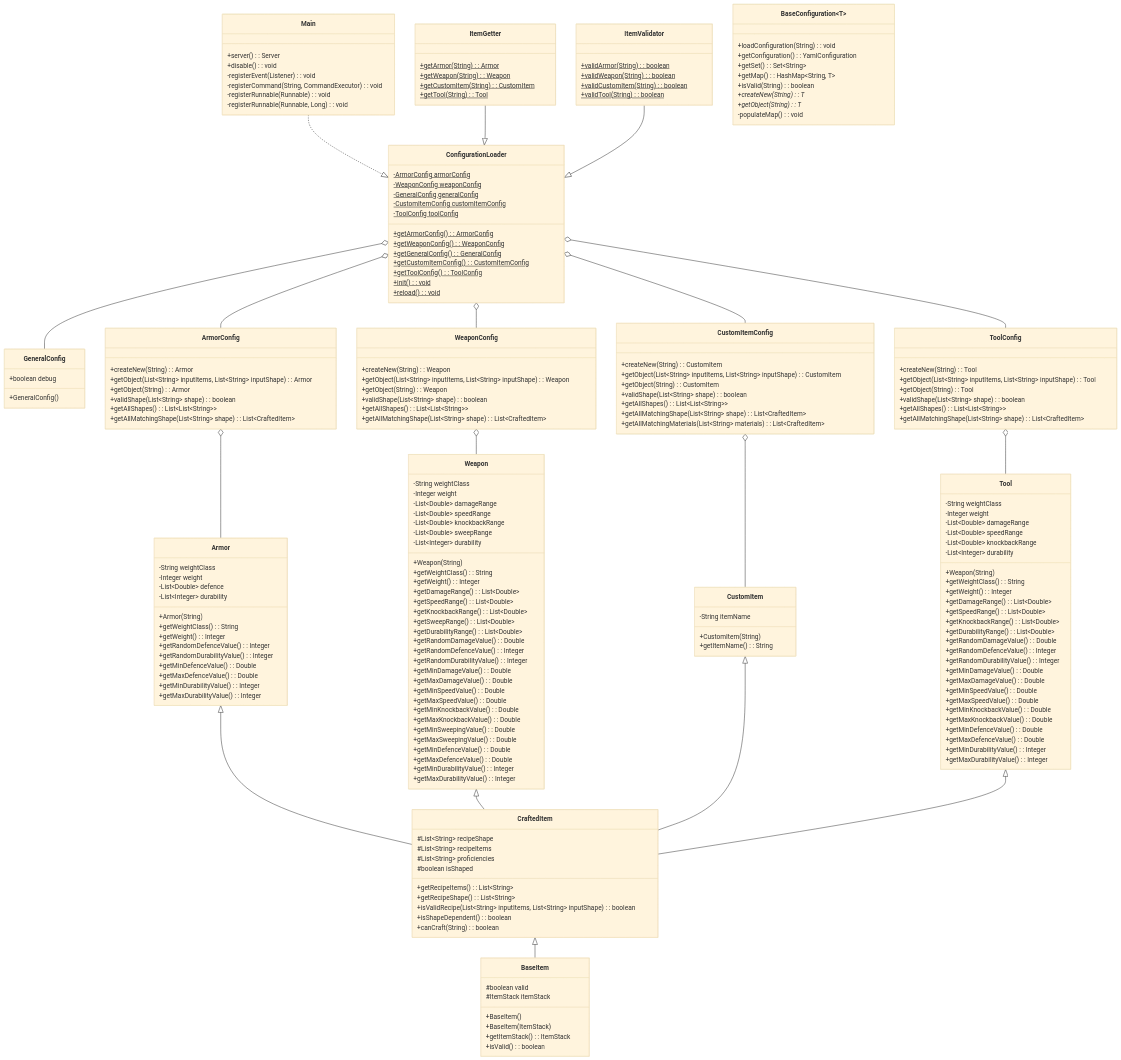
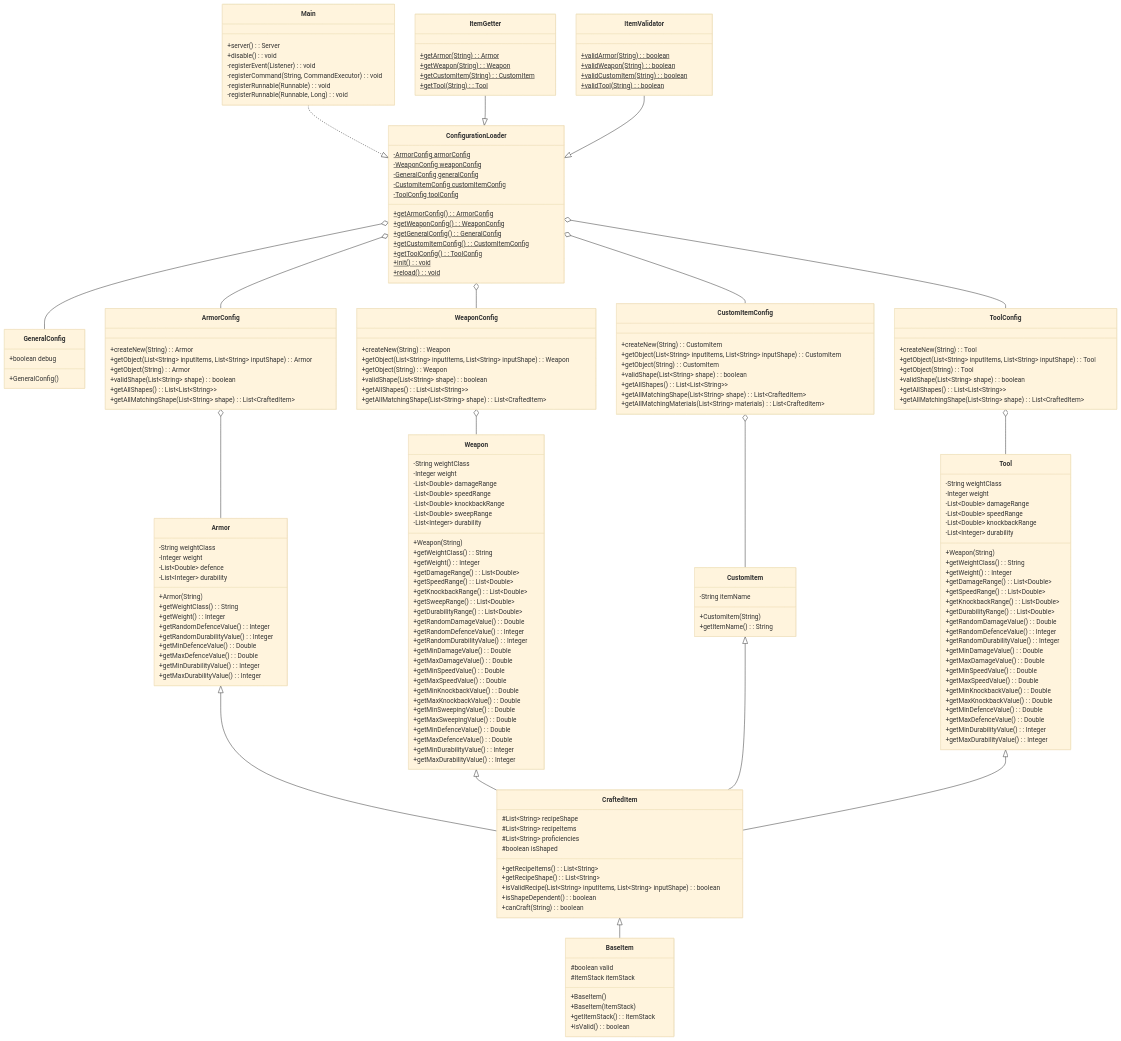
The diagram in UML.mermaid (Historia-MC/Historia-Items), drawn with Mermaid (base theme) before and after one commit.

Commit message:
rm baseconfig from uml

```diff
--- a/UML.mermaid
+++ b/UML.mermaid
@@ -32,19 +32,6 @@
         -registerCommand(String, CommandExecutor) : void
         -registerRunnable(Runnable) : void
         -registerRunnable(Runnable, Long) : void
-
-    }
-
-    class BaseConfiguration~T~ {
-
-        +loadConfiguration(String) : void
-        +getConfiguration() : YamlConfiguration
-        +getSet() : Set~String~
-        +getMap() : HashMap&lt;String, T>
-        +isValid(String) : boolean
-        +createNew(String) : T*
-        +getObject(String) : T*
-        -populateMap() : void
 
     }
 
```
